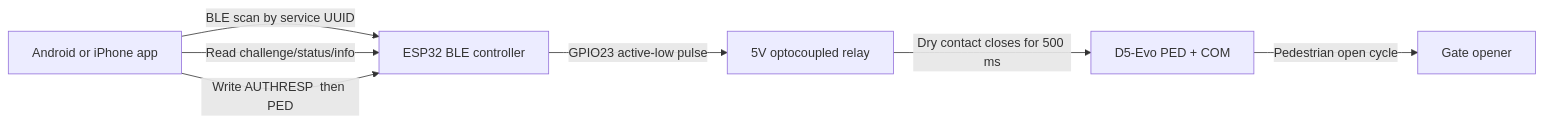
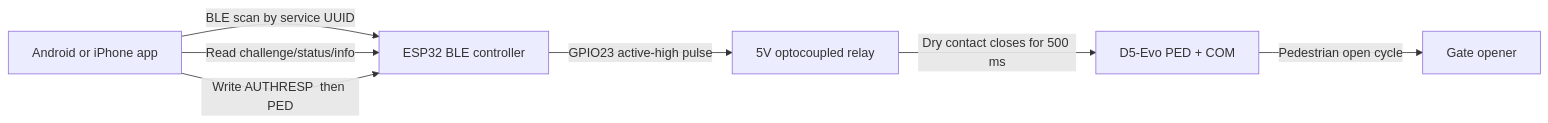
Before and after one commit to edward-sia/d5-evo-gate: the diagram in README.md, drawn with Mermaid. The commit also changed other lines of this file and 5 other files, not shown here.

Commit message:
Set relay default to active high

````diff
--- a/README.md
+++ b/README.md
@@ -45,9 +45,9 @@
 ```mermaid
 flowchart LR
     Phone["Android or iPhone app"] -->|"BLE scan by service UUID"| ESP32["ESP32 BLE controller"]
     Phone -->|"Read challenge/status/info"| ESP32
     Phone -->|"Write AUTHRESP <hex> then PED"| ESP32
-    ESP32 -->|"GPIO23 active-low pulse"| Relay["5V optocoupled relay"]
+    ESP32 -->|"GPIO23 active-high pulse"| Relay["5V optocoupled relay"]
     Relay -->|"Dry contact closes for 500 ms"| Gate["D5-Evo PED + COM"]
     Gate -->|"Pedestrian open cycle"| Motor["Gate opener"]
 ```
````
